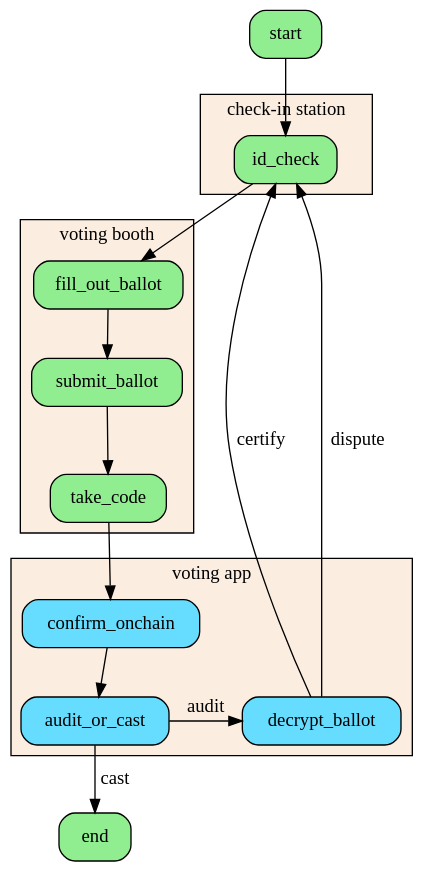
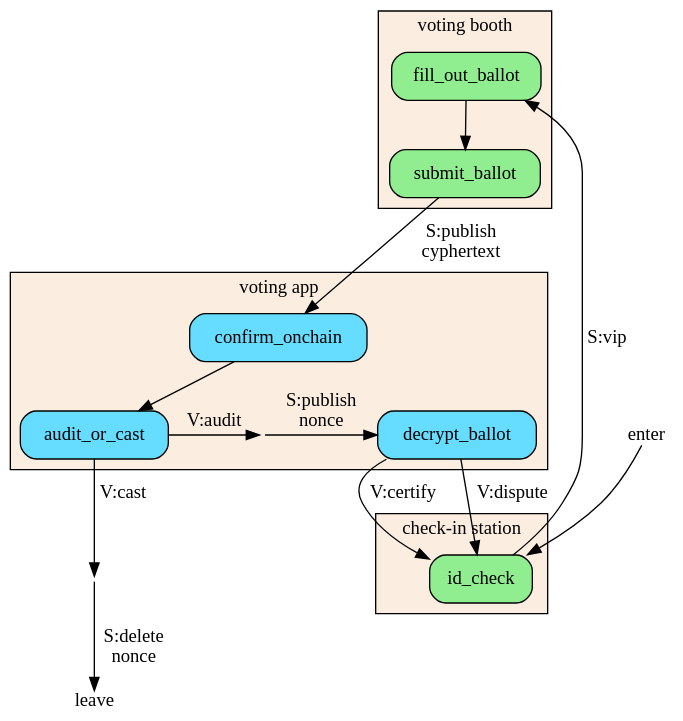
The diagram in src/posts/2024/10/15/mechanics-of-the-benaloh-challenge/proposed-workflow.dot (jefdaj/cryptoisland), drawn with Graphviz before and after one commit. The commit also changed 3 other files, not shown here.

```diff
--- a/src/posts/2024/10/15/mechanics-of-the-benaloh-challenge/proposed-workflow.dot
+++ b/src/posts/2024/10/15/mechanics-of-the-benaloh-challenge/proposed-workflow.dot
@@ -1,54 +1,62 @@
 digraph proposed_workflow {
   rankdir=TB
   bgcolor=transparent
   node [shape=box, style="rounded,filled", fillcolor=lightgreen]
   // edge [color=grey]
 
-  start -> id_check
+  enter [shape=plain,fillcolor=transparent]
+  leave [shape=plain,fillcolor=transparent]
+  enter -> id_check
   subgraph cluster_checkin {
     label="check-in station"
     bgcolor="#fbeee0"
     // id_check -> mint_vip_nft
     id_check
   }
   subgraph cluster_votingbooth {
     label="voting booth"
     bgcolor="#fbeee0"
     fill_out_ballot
-    fill_out_ballot -> submit_ballot -> take_code
+    fill_out_ballot -> submit_ballot
   }
   subgraph cluster_phone {
     label="voting app"
     bgcolor="#fbeee0"
     node [fillcolor="#66ddff"] // blue
     confirm_onchain
-    take_code -> confirm_onchain -> audit_or_cast
+    submit_ballot -> confirm_onchain [label="S:publish\ncyphertext"]
+    confirm_onchain -> audit_or_cast
     decrypt_ballot
     audit_or_cast
     rank=same {audit_or_cast,decrypt_ballot}
-    audit_or_cast -> decrypt_ballot [label="audit"]
+    tmp1 [shape=point,style=invis]
+    audit_or_cast -> tmp1 [label="V:audit"]
+    tmp1 -> decrypt_ballot [label="S:publish\nnonce"]
+    rank=same {audit_or_cast,tmp1,decrypt_ballot}
   }
   // TODO separate post
   // subgraph cluster_checkout {
   //   label="check-out station"
   //   mint_personal_nfts
   // }
   // subgraph cluster_dispute {
   //   label="arbitration"
   //   dispute -> open_ballot_box -> id_check
   // }
   // TODO separate post
   // subgraph cluster_verify {
   //   label="verifier app"
   //   verify_tally -> mint_verifier_nft
   // }
-  id_check -> fill_out_ballot
+  id_check -> fill_out_ballot [label="S:vip"]
   // audit_or_cast -> mint_personal_nfts [label="cast"]
-  audit_or_cast -> end [label="cast"]
-  decrypt_ballot -> id_check [label="certify", weight=0]
-  decrypt_ballot -> id_check [label="dispute", weight=1]
+  tmp2 [shape=point,style=invis]
+  audit_or_cast -> tmp2 [label="V:cast"]
+  tmp2 -> leave [label="S:delete\nnonce"]
+  decrypt_ballot -> id_check [label="V:certify"]
+  decrypt_ballot -> id_check [label="V:dispute"]
   // id_check -> mint_personal_nfts [style="dashed"] // leave without voting
   // mint_personal_nfts -> verify_tally
-  // mint_personal_nfts -> end
-  // mint_verifier_nft -> end
+  // mint_personal_nfts -> leave
+  // mint_verifier_nft -> leave
 }
```
